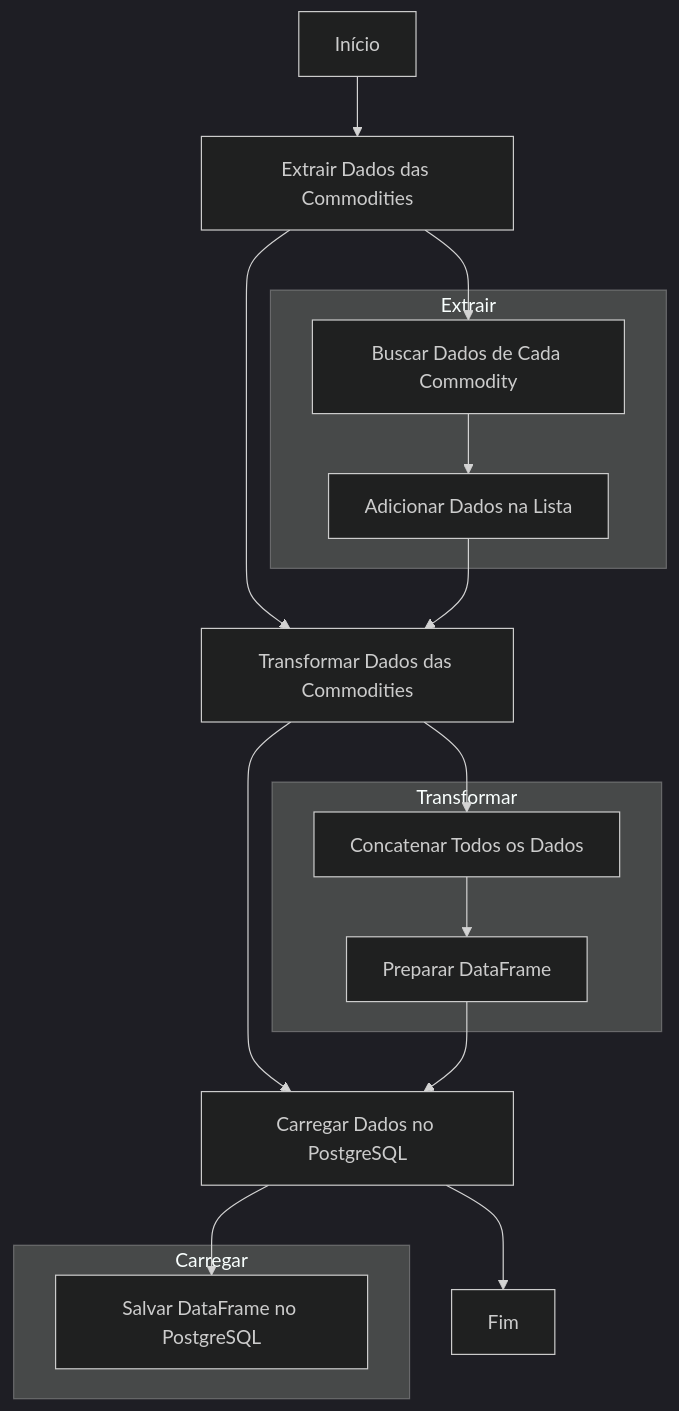
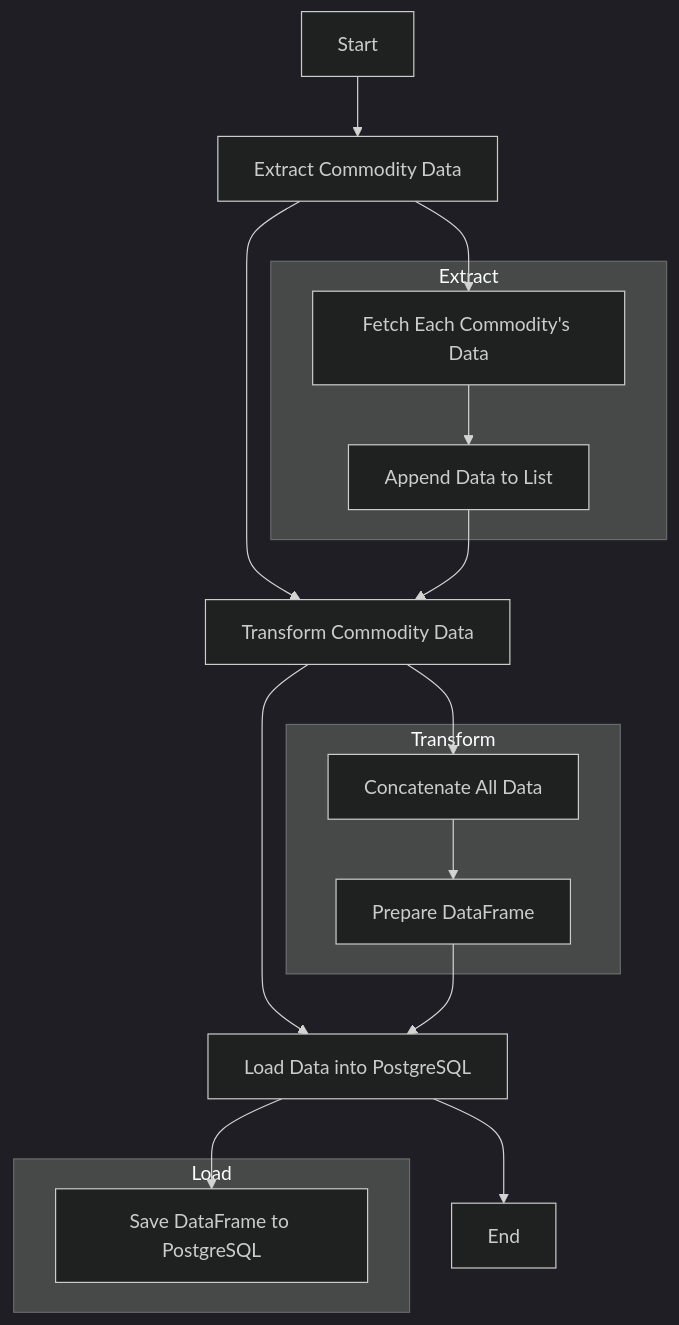
The diagram in dw_workshop/docs/homepage.md (mksouzza/open-dw-workshop), drawn with Mermaid (dark theme) before and after one commit. The commit also changed other lines of this file, not shown here.

````diff
--- a/dw_workshop/docs/homepage.md
+++ b/dw_workshop/docs/homepage.md
@@ -11,29 +12,29 @@
 ```mermaid
 graph TD
-    A[Início] --> B[Extrair Dados das Commodities]
-    B --> C[Transformar Dados das Commodities]
-    C --> D[Carregar Dados no PostgreSQL]
-    D --> E[Fim]
+    A[Start] --> B[Extract Commodity Data]
+    B --> C[Transform Commodity Data]
+    C --> D[Load Data into PostgreSQL]
+    D --> E[End]
 
-    subgraph Extrair
-        B1[Buscar Dados de Cada Commodity]
-        B2[Adicionar Dados na Lista]
+    subgraph Extract
+        B1[Fetch Each Commodity's Data]
+        B2[Append Data to List]
     end
 
-    subgraph Transformar
-        C1[Concatenar Todos os Dados]
-        C2[Preparar DataFrame]
+    subgraph Transform
+        C1[Concatenate All Data]
+        C2[Prepare DataFrame]
     end
 
-    subgraph Carregar
-        D1[Salvar DataFrame no PostgreSQL]
+    subgraph Load
+        D1[Save DataFrame to PostgreSQL]
     end
 
     B --> B1
     B1 --> B2
     B2 --> C
     C --> C1
     C1 --> C2
     C2 --> D
     D --> D1
 ```
````
